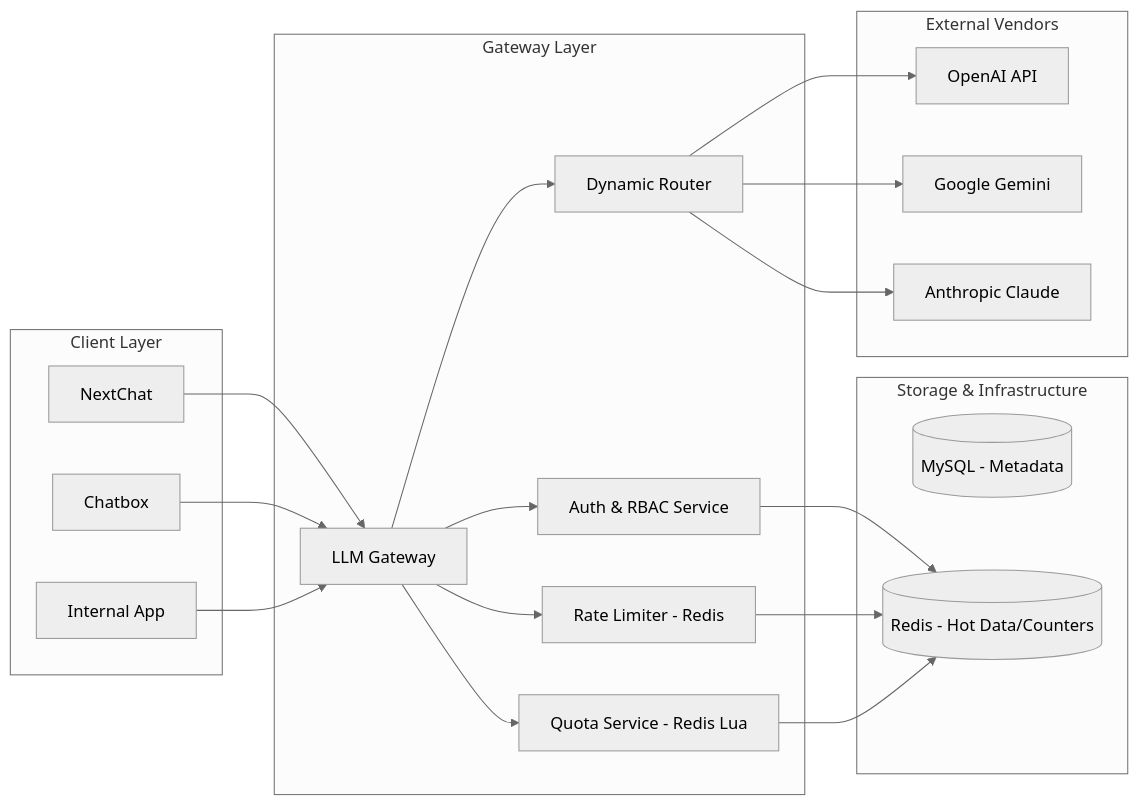
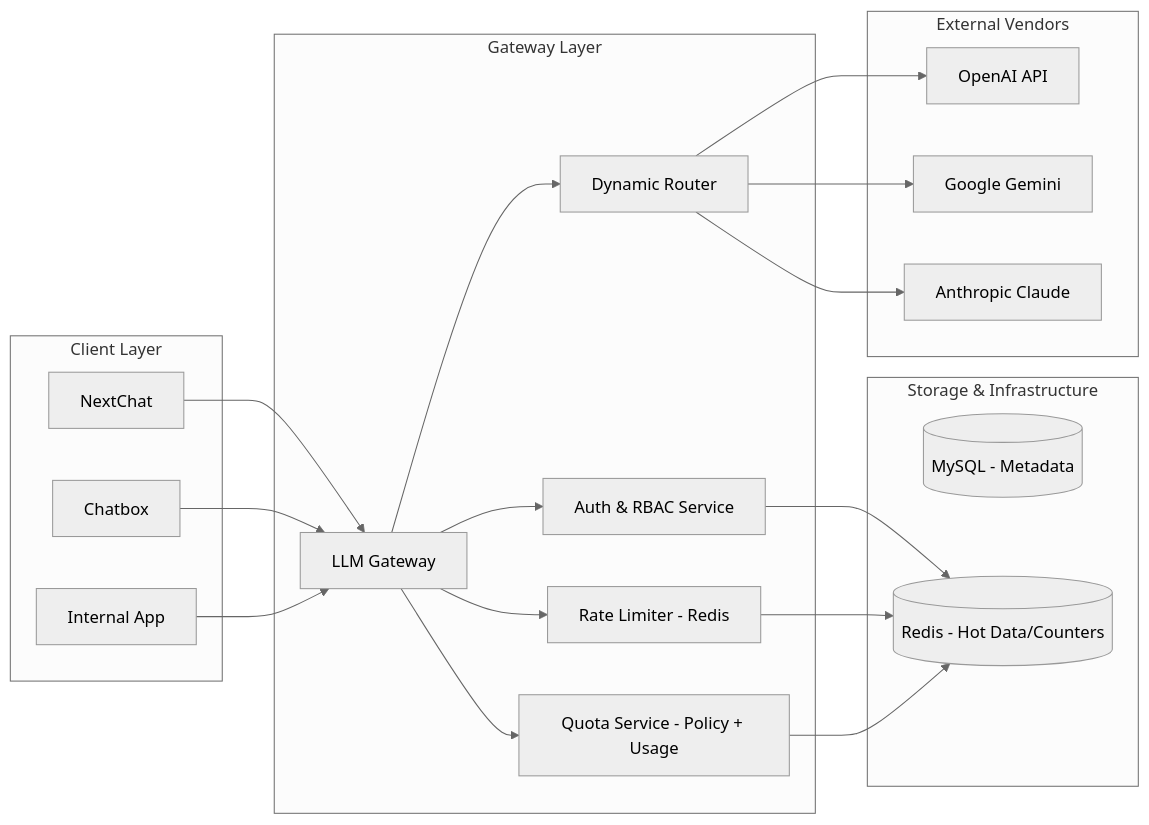
One commit to calljaychou/llm-gateway-router changed the second of 4 diagrams in .specs/LLM企业Gateway技术方案.md. Above: the diagram before and after it, drawn with Mermaid (neutral theme). The commit also changed other lines of this file and 61 other files, not shown here.

````diff
--- a/.specs/LLM企业Gateway技术方案.md
+++ b/.specs/LLM企业Gateway技术方案.md
@@ -64,33 +64,33 @@
 ```mermaid
 graph LR
     subgraph "Client Layer"
         C1[NextChat]
         C2[Chatbox]
         C3[Internal App]
     end
     
     subgraph "Gateway Layer"
         GW[LLM Gateway]
         Auth[Auth & RBAC Service]
         RL[Rate Limiter - Redis]
-        QS[Quota Service - Redis Lua]
+        QS[Quota Service - Policy + Usage]
         Router[Dynamic Router]
     end
     
     subgraph "Storage & Infrastructure"
         MySQL[(MySQL - Metadata)]
         Redis[(Redis - Hot Data/Counters)]
     end
     
     subgraph "External Vendors"
         OpenAI[OpenAI API]
         Gemini[Google Gemini]
         Claude[Anthropic Claude]
     end
 
     C1 & C2 & C3 --> GW
     GW --> Auth & RL & QS
     Auth & RL & QS --> Redis
     GW --> Router
     Router --> OpenAI & Gemini & Claude
 ```
````
